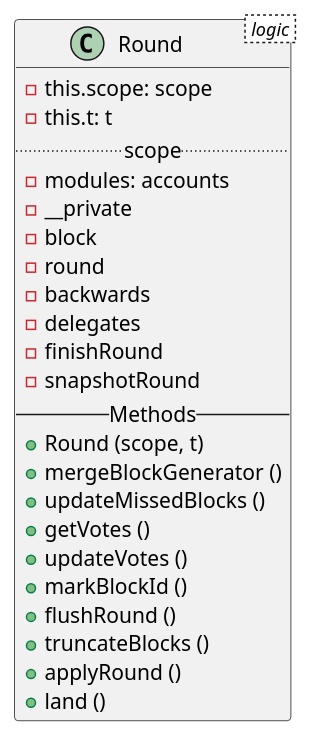
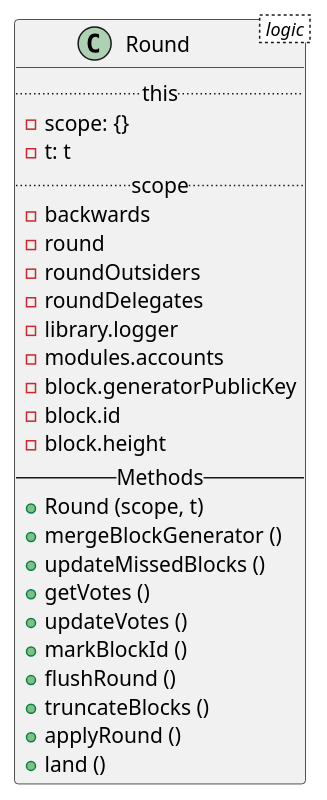
Before and after one commit to LucasIsasmendi/lisk-core-plantuml: the diagram in class/classes/logic/round.puml, drawn with PlantUML. The commit also changed 14 other files, not shown here.

```diff
--- a/class/classes/logic/round.puml
+++ b/class/classes/logic/round.puml
@@ -1,26 +1,28 @@
 @startuml
 class Round < logic > {
-  - this.scope: scope
-	- this.t: t
+  ..this..
+  - scope: {}
+  - t: t
   .. scope ..
-  - modules: accounts
-  - __private
-  - block
+  - backwards
   - round
-  - backwards
-  - delegates
-  - finishRound
-  - snapshotRound
+  - roundOutsiders
+  - roundDelegates
+  - library.logger
+  - modules.accounts
+  - block.generatorPublicKey
+  - block.id
+  - block.height
   -- Methods --
   + Round (scope, t)
   + mergeBlockGenerator ()
   + updateMissedBlocks ()
   + getVotes ()
   + updateVotes ()
   + markBlockId ()
   + flushRound ()
   + truncateBlocks ()
   + applyRound ()
   + land ()
 }
 @endtuml
```
